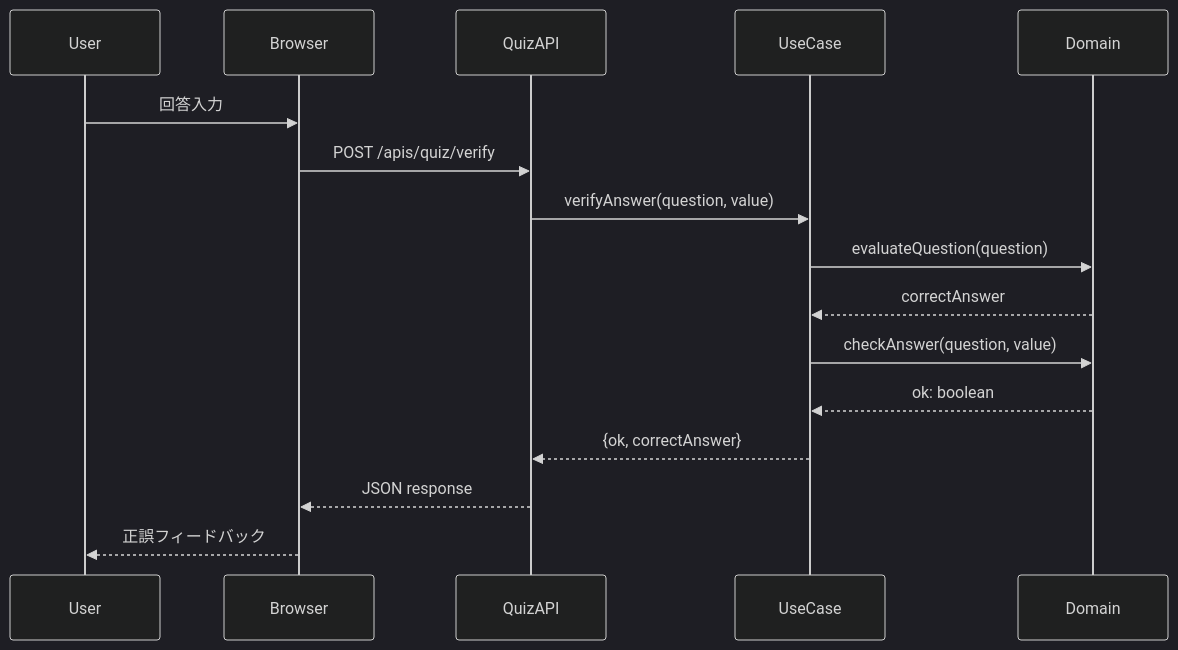
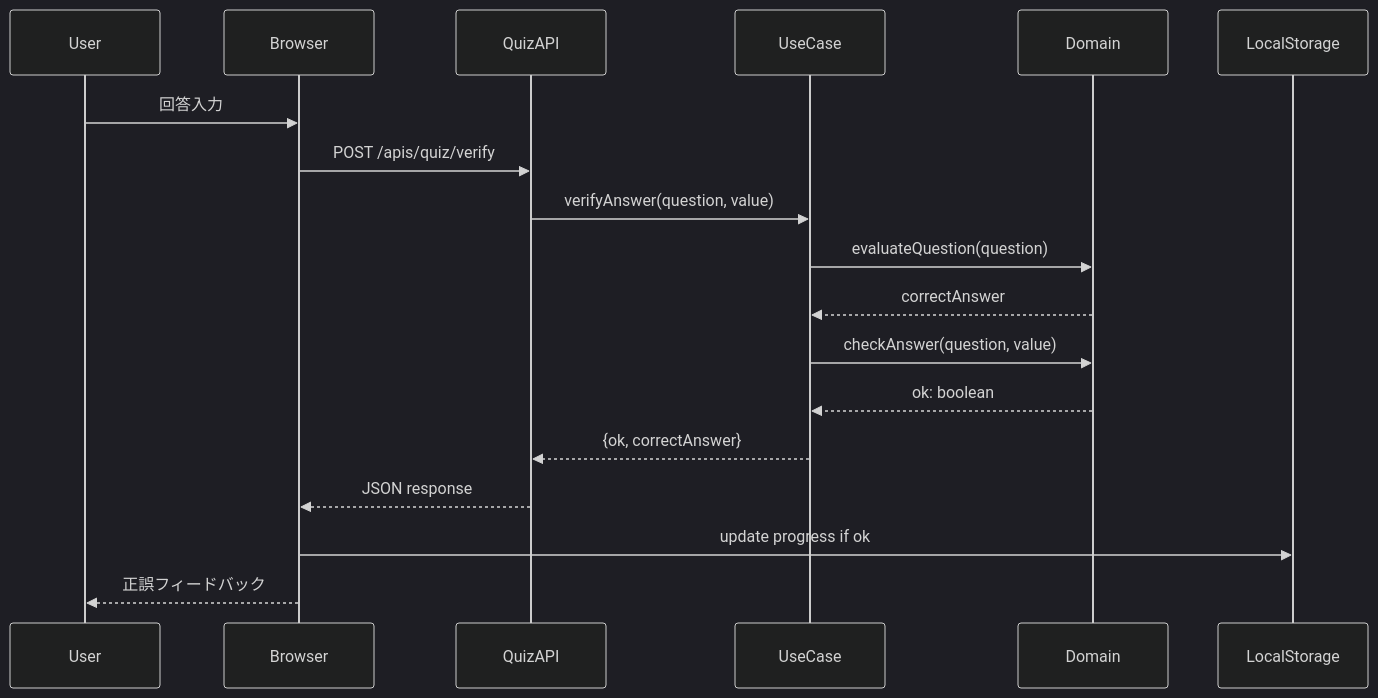
Before and after one commit to tqer39/mathquest: the fifth of 5 diagrams in AGENTS.md, drawn with Mermaid (dark theme). The commit also changed other lines of this file and 2 other files, not shown here.

````diff
--- a/AGENTS.md
+++ b/AGENTS.md
@@ -381,19 +417,21 @@
 ```mermaid
 sequenceDiagram
     participant User
     participant Browser
     participant QuizAPI
     participant UseCase
     participant Domain
+    participant LocalStorage
 
     User->>Browser: 回答入力
     Browser->>QuizAPI: POST /apis/quiz/verify
     QuizAPI->>UseCase: verifyAnswer(question, value)
     UseCase->>Domain: evaluateQuestion(question)
     Domain-->>UseCase: correctAnswer
     UseCase->>Domain: checkAnswer(question, value)
     Domain-->>UseCase: ok: boolean
     UseCase-->>QuizAPI: {ok, correctAnswer}
     QuizAPI-->>Browser: JSON response
+    Browser->>LocalStorage: update progress if ok
     Browser-->>User: 正誤フィードバック
 ```
````
